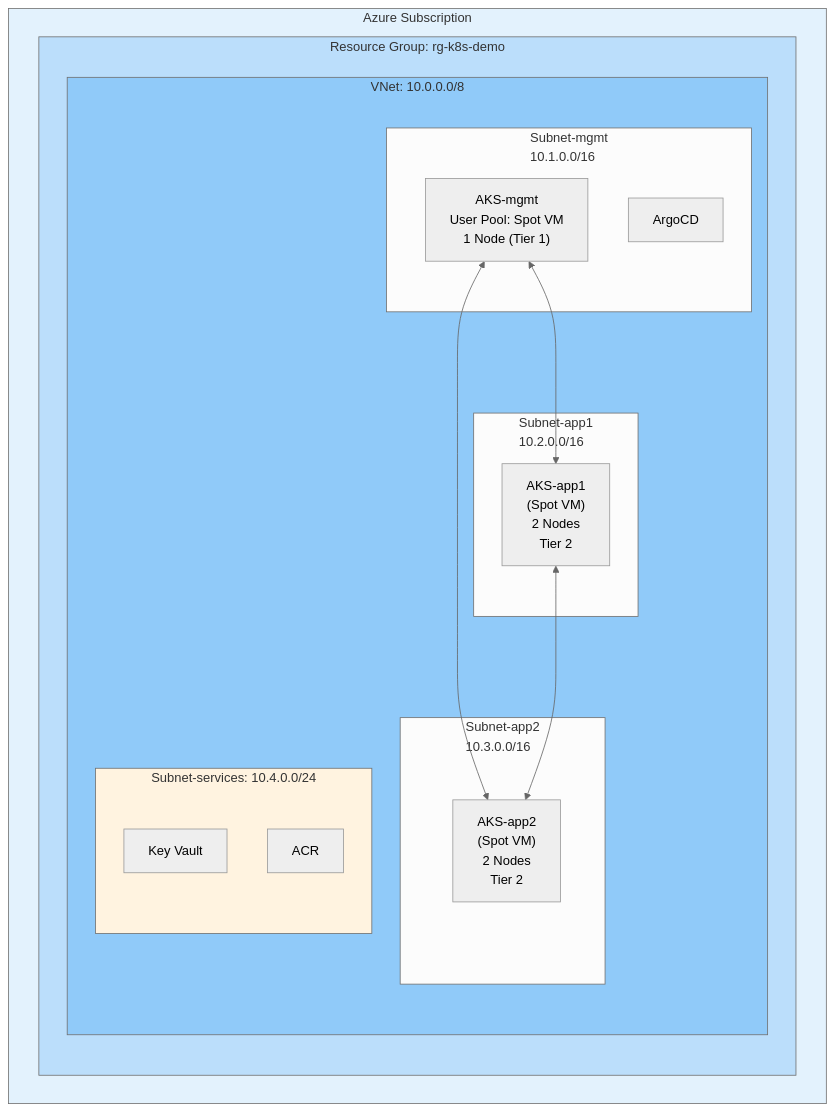
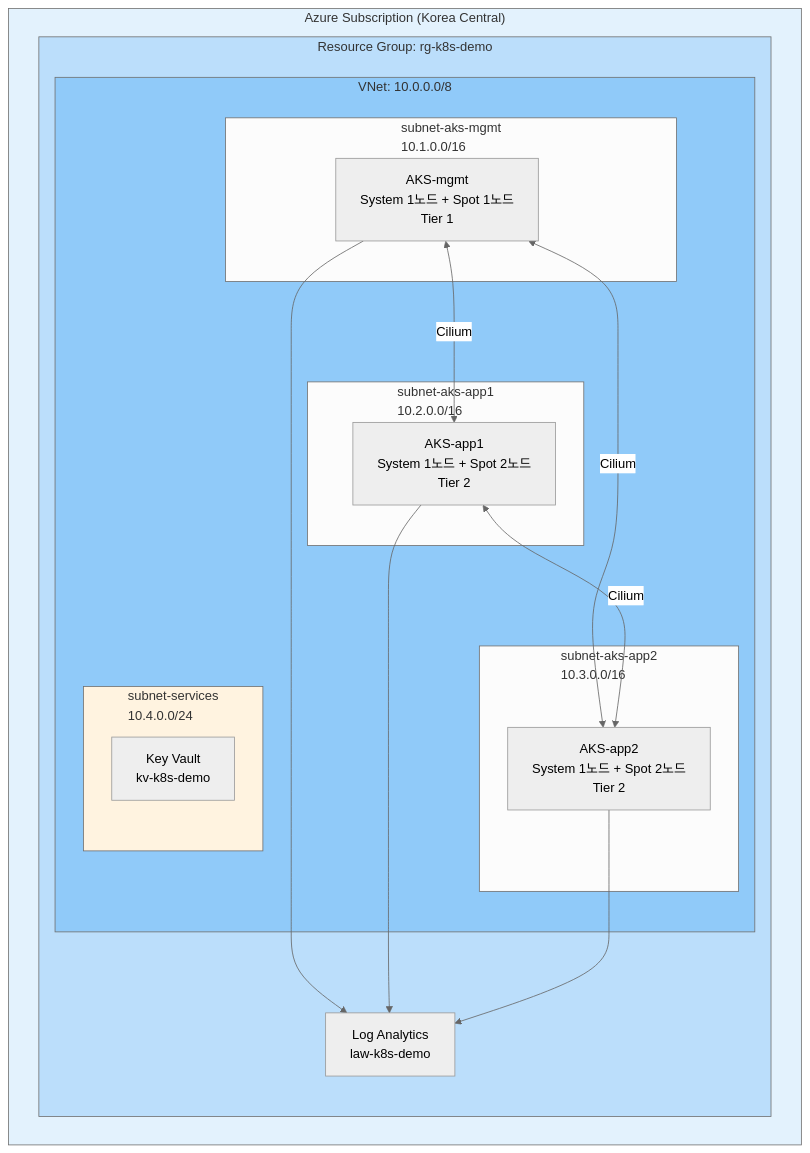
Before and after one commit to bocopile/mac-k8s-multipass-terraform: the first of 6 diagrams in document/azure/ARCHITECTURE.md, drawn with Mermaid (neutral theme). The commit also changed other lines of this file and 3 other files, not shown here.

````diff
--- a/document/azure/ARCHITECTURE.md
+++ b/document/azure/ARCHITECTURE.md
@@ -163,35 +175,39 @@
 ```mermaid
 flowchart TB
-    subgraph Azure["Azure Subscription"]
+    subgraph Azure["Azure Subscription (Korea Central)"]
         subgraph RG["Resource Group: rg-k8s-demo"]
             subgraph VNet["VNet: 10.0.0.0/8"]
-                subgraph SubnetMgmt["Subnet-mgmt<br/>10.1.0.0/16"]
-                    AKSmgmt["AKS-mgmt<br/>User Pool: Spot VM<br/>1 Node (Tier 1)"]
-                    MgmtArgoCD["ArgoCD"]
+                subgraph SubnetMgmt["subnet-aks-mgmt<br/>10.1.0.0/16"]
+                    AKSmgmt["AKS-mgmt<br/>System 1노드 + Spot 1노드<br/>Tier 1"]
                 end
 
-                subgraph SubnetApp1["Subnet-app1<br/>10.2.0.0/16"]
-                    AKSapp1["AKS-app1<br/>(Spot VM)<br/>2 Nodes<br/>Tier 2"]
+                subgraph SubnetApp1["subnet-aks-app1<br/>10.2.0.0/16"]
+                    AKSapp1["AKS-app1<br/>System 1노드 + Spot 2노드<br/>Tier 2"]
                 end
 
-                subgraph SubnetApp2["Subnet-app2<br/>10.3.0.0/16"]
-                    AKSapp2["AKS-app2<br/>(Spot VM)<br/>2 Nodes<br/>Tier 2"]
+                subgraph SubnetApp2["subnet-aks-app2<br/>10.3.0.0/16"]
+                    AKSapp2["AKS-app2<br/>System 1노드 + Spot 2노드<br/>Tier 2"]
                 end
 
-                subgraph SubnetSvc["Subnet-services: 10.4.0.0/24"]
-                    KeyVault["Key Vault"]
-                    ACR["ACR"]
+                subgraph SubnetSvc["subnet-services<br/>10.4.0.0/24"]
+                    KeyVault["Key Vault<br/>kv-k8s-demo"]
                 end
             end
+
+            LAW["Log Analytics<br/>law-k8s-demo"]
         end
     end
 
-    AKSmgmt <--> AKSapp1
-    AKSmgmt <--> AKSapp2
-    AKSapp1 <--> AKSapp2
+    AKSmgmt <-->|"Cilium"| AKSapp1
+    AKSmgmt <-->|"Cilium"| AKSapp2
+    AKSapp1 <-->|"Cilium"| AKSapp2
+
+    AKSmgmt --> LAW
+    AKSapp1 --> LAW
+    AKSapp2 --> LAW
 
     style Azure fill:#e3f2fd
     style RG fill:#bbdefb
     style VNet fill:#90caf9
     style SubnetSvc fill:#fff3e0
 ```
````
